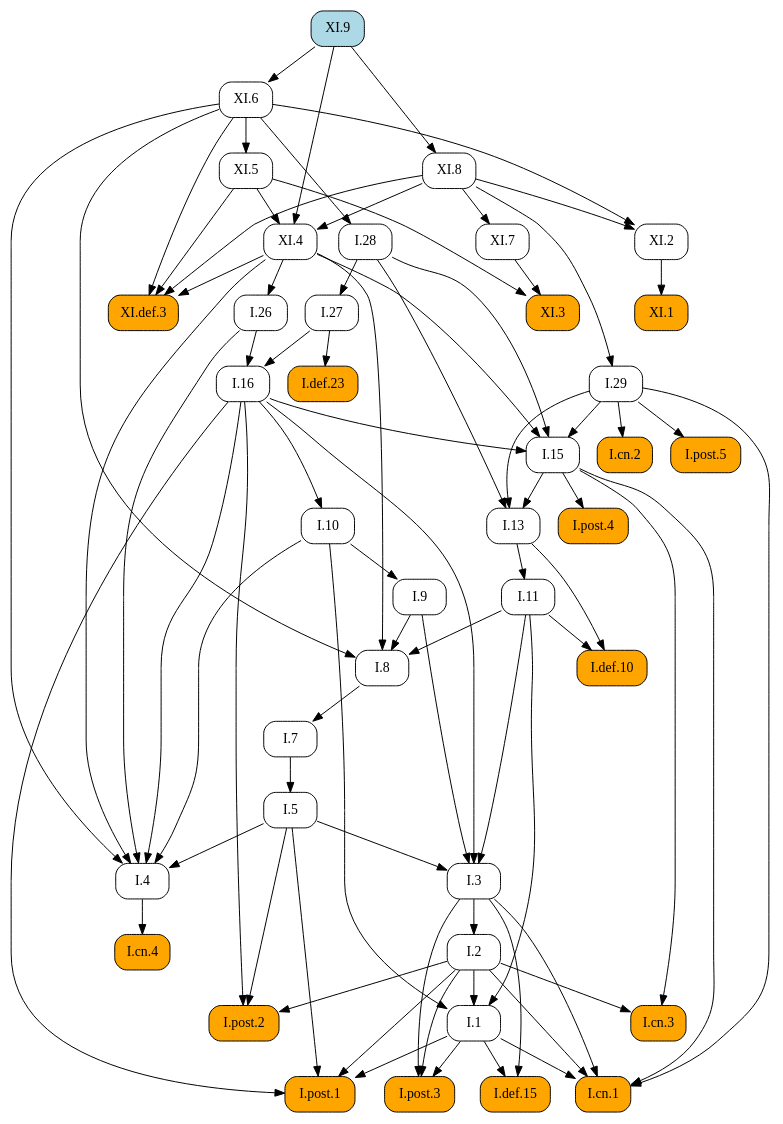
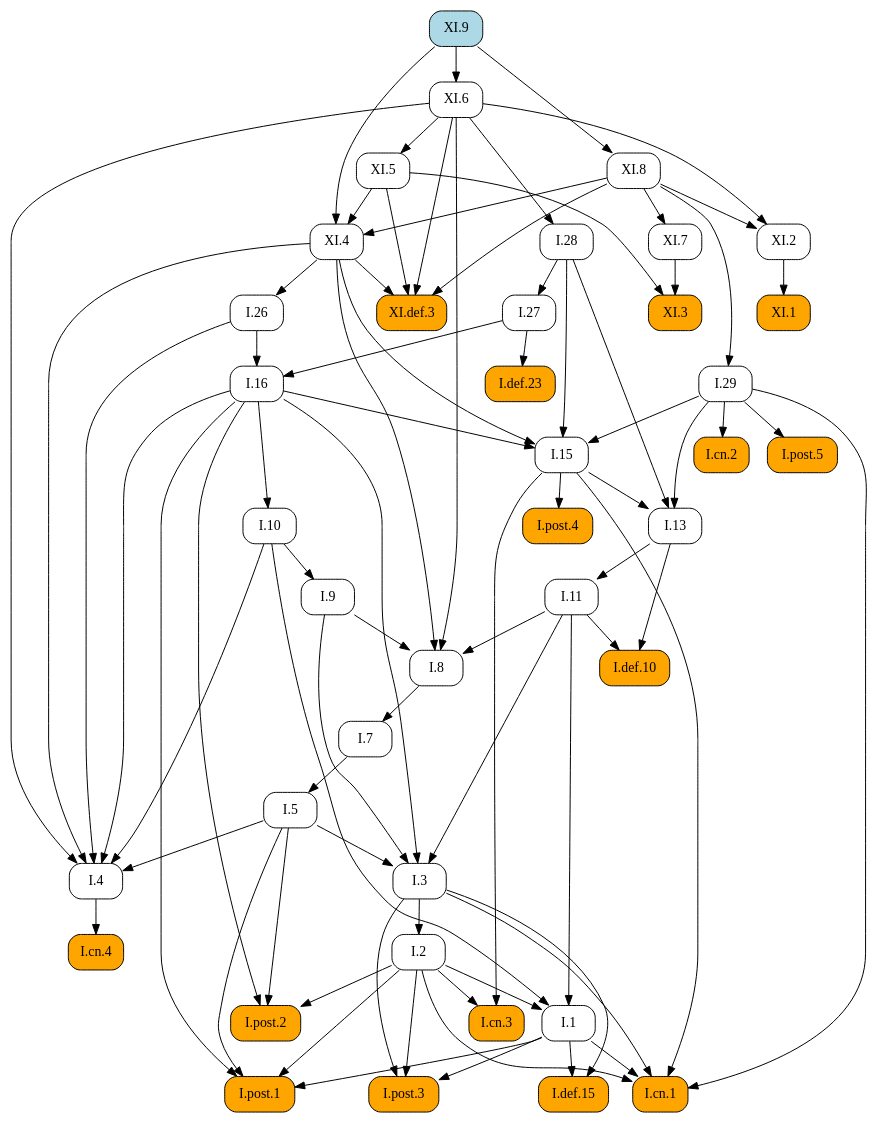
One commit to geometor/elements changed the diagram in docsrc/heath/XI/9/index.rst. Above: the diagram before and after it, drawn with Graphviz. The commit also changed other lines of this file and 1029 other files, not shown here.

```diff
--- a/docsrc/heath/XI/9/index.rst
+++ b/docsrc/heath/XI/9/index.rst
@@ -37,121 +37,121 @@
    digraph {
      rankdir="TB";
      node [shape=box, style=rounded];
-     "I.cn.3" [style="rounded,filled", fillcolor=orange, URL="/heath/I/cn.3/", target="_top"];
-     "I.29" [URL="/heath/I/29/", target="_top"];
-     "I.7" [URL="/heath/I/7/", target="_top"];
-     "I.27" [URL="/heath/I/27/", target="_top"];
-     "I.def.23" [style="rounded,filled", fillcolor=orange, URL="/heath/I/def.23/", target="_top"];
-     "I.8" [URL="/heath/I/8/", target="_top"];
-     "I.9" [URL="/heath/I/9/", target="_top"];
-     "XI.4" [URL="/heath/XI/4/", target="_top"];
-     "I.post.4" [style="rounded,filled", fillcolor=orange, URL="/heath/I/post.4/", target="_top"];
-     "I.2" [URL="/heath/I/2/", target="_top"];
-     "I.28" [URL="/heath/I/28/", target="_top"];
-     "I.1" [URL="/heath/I/1/", target="_top"];
-     "I.def.15" [style="rounded,filled", fillcolor=orange, URL="/heath/I/def.15/", target="_top"];
-     "I.post.1" [style="rounded,filled", fillcolor=orange, URL="/heath/I/post.1/", target="_top"];
-     "XI.1" [style="rounded,filled", fillcolor=orange, URL="/heath/XI/1/", target="_top"];
-     "I.cn.4" [style="rounded,filled", fillcolor=orange, URL="/heath/I/cn.4/", target="_top"];
-     "I.26" [URL="/heath/I/26/", target="_top"];
-     "XI.9" [style="rounded,filled", fillcolor=lightblue, URL="/heath/XI/9/", target="_top"];
-     "I.13" [URL="/heath/I/13/", target="_top"];
-     "I.cn.2" [style="rounded,filled", fillcolor=orange, URL="/heath/I/cn.2/", target="_top"];
-     "I.5" [URL="/heath/I/5/", target="_top"];
-     "I.11" [URL="/heath/I/11/", target="_top"];
-     "I.10" [URL="/heath/I/10/", target="_top"];
-     "I.4" [URL="/heath/I/4/", target="_top"];
-     "XI.5" [URL="/heath/XI/5/", target="_top"];
-     "I.3" [URL="/heath/I/3/", target="_top"];
-     "I.16" [URL="/heath/I/16/", target="_top"];
      "I.def.10" [style="rounded,filled", fillcolor=orange, URL="/heath/I/def.10/", target="_top"];
      "XI.def.3" [style="rounded,filled", fillcolor=orange, URL="/heath/XI/def.3/", target="_top"];
+     "I.post.4" [style="rounded,filled", fillcolor=orange, URL="/heath/I/post.4/", target="_top"];
+     "I.28" [URL="/heath/I/28/", target="_top"];
+     "I.11" [URL="/heath/I/11/", target="_top"];
+     "I.1" [URL="/heath/I/1/", target="_top"];
+     "I.26" [URL="/heath/I/26/", target="_top"];
+     "XI.7" [URL="/heath/XI/7/", target="_top"];
+     "I.29" [URL="/heath/I/29/", target="_top"];
+     "I.cn.2" [style="rounded,filled", fillcolor=orange, URL="/heath/I/cn.2/", target="_top"];
+     "XI.9" [style="rounded,filled", fillcolor=lightblue, URL="/heath/XI/9/", target="_top"];
+     "XI.8" [URL="/heath/XI/8/", target="_top"];
+     "I.def.15" [style="rounded,filled", fillcolor=orange, URL="/heath/I/def.15/", target="_top"];
+     "I.post.3" [style="rounded,filled", fillcolor=orange, URL="/heath/I/post.3/", target="_top"];
+     "XI.5" [URL="/heath/XI/5/", target="_top"];
+     "XI.1" [style="rounded,filled", fillcolor=orange, URL="/heath/XI/1/", target="_top"];
+     "I.cn.1" [style="rounded,filled", fillcolor=orange, URL="/heath/I/cn.1/", target="_top"];
+     "I.cn.3" [style="rounded,filled", fillcolor=orange, URL="/heath/I/cn.3/", target="_top"];
+     "XI.2" [URL="/heath/XI/2/", target="_top"];
+     "I.post.1" [style="rounded,filled", fillcolor=orange, URL="/heath/I/post.1/", target="_top"];
+     "XI.6" [URL="/heath/XI/6/", target="_top"];
+     "I.27" [URL="/heath/I/27/", target="_top"];
+     "I.7" [URL="/heath/I/7/", target="_top"];
+     "I.3" [URL="/heath/I/3/", target="_top"];
+     "I.2" [URL="/heath/I/2/", target="_top"];
+     "I.4" [URL="/heath/I/4/", target="_top"];
+     "I.def.23" [style="rounded,filled", fillcolor=orange, URL="/heath/I/def.23/", target="_top"];
+     "I.13" [URL="/heath/I/13/", target="_top"];
      "I.post.2" [style="rounded,filled", fillcolor=orange, URL="/heath/I/post.2/", target="_top"];
-     "I.post.3" [style="rounded,filled", fillcolor=orange, URL="/heath/I/post.3/", target="_top"];
+     "I.16" [URL="/heath/I/16/", target="_top"];
+     "I.9" [URL="/heath/I/9/", target="_top"];
+     "I.8" [URL="/heath/I/8/", target="_top"];
+     "I.cn.4" [style="rounded,filled", fillcolor=orange, URL="/heath/I/cn.4/", target="_top"];
+     "I.15" [URL="/heath/I/15/", target="_top"];
+     "XI.4" [URL="/heath/XI/4/", target="_top"];
      "I.post.5" [style="rounded,filled", fillcolor=orange, URL="/heath/I/post.5/", target="_top"];
+     "I.10" [URL="/heath/I/10/", target="_top"];
+     "I.5" [URL="/heath/I/5/", target="_top"];
      "XI.3" [style="rounded,filled", fillcolor=orange, URL="/heath/XI/3/", target="_top"];
-     "XI.6" [URL="/heath/XI/6/", target="_top"];
-     "XI.7" [URL="/heath/XI/7/", target="_top"];
-     "I.15" [URL="/heath/I/15/", target="_top"];
-     "I.cn.1" [style="rounded,filled", fillcolor=orange, URL="/heath/I/cn.1/", target="_top"];
-     "XI.2" [URL="/heath/XI/2/", target="_top"];
-     "XI.8" [URL="/heath/XI/8/", target="_top"];
-     "I.2" -> "I.cn.3";
-     "I.15" -> "I.cn.3";
-     "XI.8" -> "I.29";
-     "I.8" -> "I.7";
-     "I.28" -> "I.27";
-     "I.27" -> "I.def.23";
-     "I.9" -> "I.8";
-     "I.11" -> "I.8";
-     "XI.4" -> "I.8";
-     "XI.6" -> "I.8";
-     "I.10" -> "I.9";
-     "XI.5" -> "XI.4";
-     "XI.8" -> "XI.4";
-     "XI.9" -> "XI.4";
+     "I.11" -> "I.def.10";
+     "I.13" -> "I.def.10";
+     "XI.4" -> "XI.def.3";
+     "XI.5" -> "XI.def.3";
+     "XI.6" -> "XI.def.3";
+     "XI.8" -> "XI.def.3";
      "I.15" -> "I.post.4";
-     "I.3" -> "I.2";
      "XI.6" -> "I.28";
+     "I.13" -> "I.11";
      "I.2" -> "I.1";
      "I.10" -> "I.1";
      "I.11" -> "I.1";
+     "XI.4" -> "I.26";
+     "XI.8" -> "XI.7";
+     "XI.8" -> "I.29";
+     "I.29" -> "I.cn.2";
+     "XI.9" -> "XI.8";
      "I.1" -> "I.def.15";
      "I.3" -> "I.def.15";
+     "I.1" -> "I.post.3";
+     "I.2" -> "I.post.3";
+     "I.3" -> "I.post.3";
+     "XI.6" -> "XI.5";
+     "XI.2" -> "XI.1";
+     "I.1" -> "I.cn.1";
+     "I.2" -> "I.cn.1";
+     "I.3" -> "I.cn.1";
+     "I.15" -> "I.cn.1";
+     "I.29" -> "I.cn.1";
+     "I.2" -> "I.cn.3";
+     "I.15" -> "I.cn.3";
+     "XI.6" -> "XI.2";
+     "XI.8" -> "XI.2";
      "I.1" -> "I.post.1";
      "I.2" -> "I.post.1";
      "I.5" -> "I.post.1";
      "I.16" -> "I.post.1";
-     "XI.2" -> "XI.1";
-     "I.4" -> "I.cn.4";
-     "XI.4" -> "I.26";
-     "I.15" -> "I.13";
-     "I.28" -> "I.13";
-     "I.29" -> "I.13";
-     "I.29" -> "I.cn.2";
-     "I.7" -> "I.5";
-     "I.13" -> "I.11";
-     "I.16" -> "I.10";
+     "XI.9" -> "XI.6";
+     "I.28" -> "I.27";
+     "I.8" -> "I.7";
+     "I.5" -> "I.3";
+     "I.9" -> "I.3";
+     "I.11" -> "I.3";
+     "I.16" -> "I.3";
+     "I.3" -> "I.2";
      "I.5" -> "I.4";
      "I.10" -> "I.4";
      "I.16" -> "I.4";
      "I.26" -> "I.4";
      "XI.4" -> "I.4";
      "XI.6" -> "I.4";
-     "XI.6" -> "XI.5";
-     "I.5" -> "I.3";
-     "I.9" -> "I.3";
-     "I.11" -> "I.3";
-     "I.16" -> "I.3";
-     "I.26" -> "I.16";
-     "I.27" -> "I.16";
-     "I.11" -> "I.def.10";
-     "I.13" -> "I.def.10";
-     "XI.4" -> "XI.def.3";
-     "XI.5" -> "XI.def.3";
-     "XI.6" -> "XI.def.3";
-     "XI.8" -> "XI.def.3";
+     "I.27" -> "I.def.23";
+     "I.15" -> "I.13";
+     "I.28" -> "I.13";
+     "I.29" -> "I.13";
      "I.2" -> "I.post.2";
      "I.5" -> "I.post.2";
      "I.16" -> "I.post.2";
-     "I.1" -> "I.post.3";
-     "I.2" -> "I.post.3";
-     "I.3" -> "I.post.3";
-     "I.29" -> "I.post.5";
-     "XI.5" -> "XI.3";
-     "XI.7" -> "XI.3";
-     "XI.9" -> "XI.6";
-     "XI.8" -> "XI.7";
+     "I.26" -> "I.16";
+     "I.27" -> "I.16";
+     "I.10" -> "I.9";
+     "I.9" -> "I.8";
+     "I.11" -> "I.8";
+     "XI.4" -> "I.8";
+     "XI.6" -> "I.8";
+     "I.4" -> "I.cn.4";
      "I.16" -> "I.15";
      "I.28" -> "I.15";
      "I.29" -> "I.15";
      "XI.4" -> "I.15";
-     "I.1" -> "I.cn.1";
-     "I.2" -> "I.cn.1";
-     "I.3" -> "I.cn.1";
-     "I.15" -> "I.cn.1";
-     "I.29" -> "I.cn.1";
-     "XI.6" -> "XI.2";
-     "XI.8" -> "XI.2";
-     "XI.9" -> "XI.8";
+     "XI.5" -> "XI.4";
+     "XI.8" -> "XI.4";
+     "XI.9" -> "XI.4";
+     "I.29" -> "I.post.5";
+     "I.16" -> "I.10";
+     "I.7" -> "I.5";
+     "XI.5" -> "XI.3";
+     "XI.7" -> "XI.3";
    }
```
